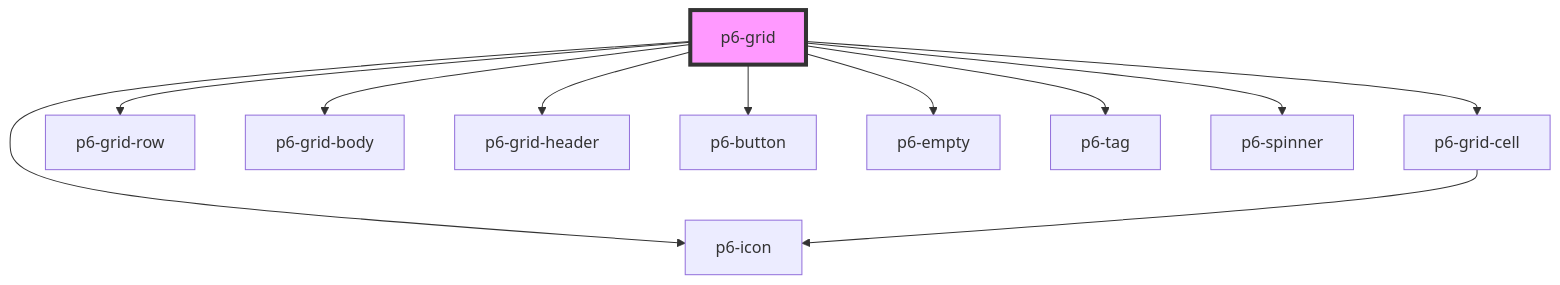
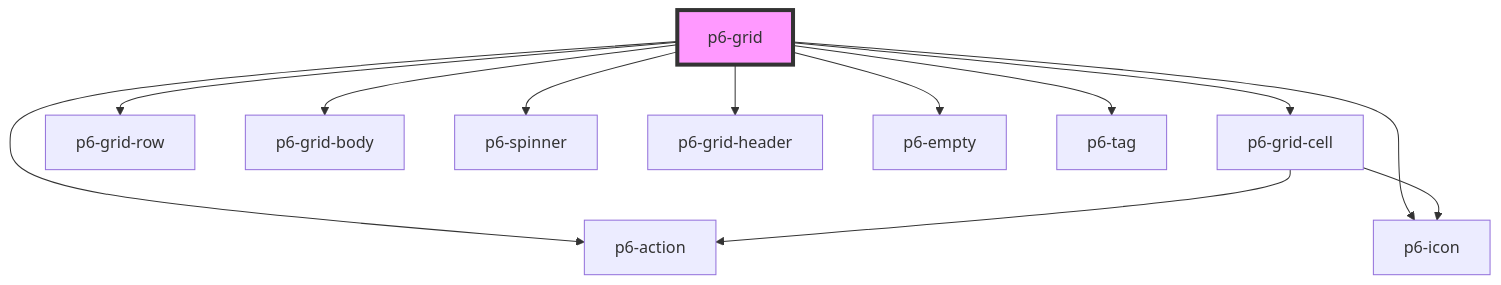
One commit to amalto/platform6-ui-components changed the diagram in src/components/molecules/p6-grid/readme.md. Above: the diagram before and after it, drawn with Mermaid. The commit also changed other lines of this file and 14 other files, not shown here.

````diff
--- a/src/components/molecules/p6-grid/readme.md
+++ b/src/components/molecules/p6-grid/readme.md
@@ -31,14 +36,15 @@
 ```mermaid
 graph TD;
   p6-grid --> p6-grid-cell
   p6-grid --> p6-grid-row
   p6-grid --> p6-grid-body
+  p6-grid --> p6-spinner
   p6-grid --> p6-grid-header
-  p6-grid --> p6-button
+  p6-grid --> p6-action
   p6-grid --> p6-icon
   p6-grid --> p6-empty
   p6-grid --> p6-tag
-  p6-grid --> p6-spinner
+  p6-grid-cell --> p6-action
   p6-grid-cell --> p6-icon
   style p6-grid fill:#f9f,stroke:#333,stroke-width:4px
 ```
````
